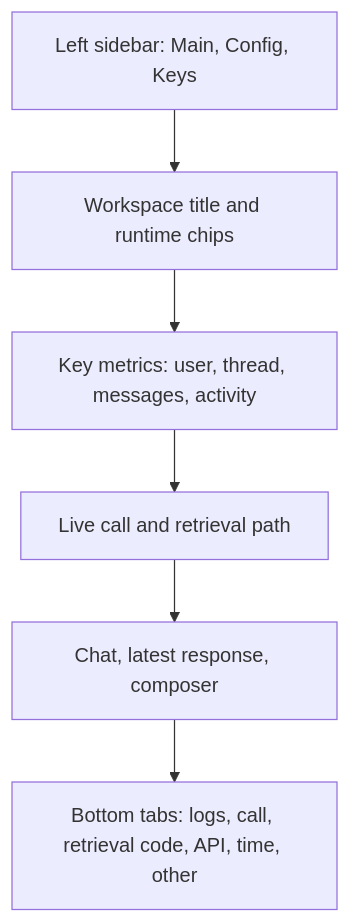
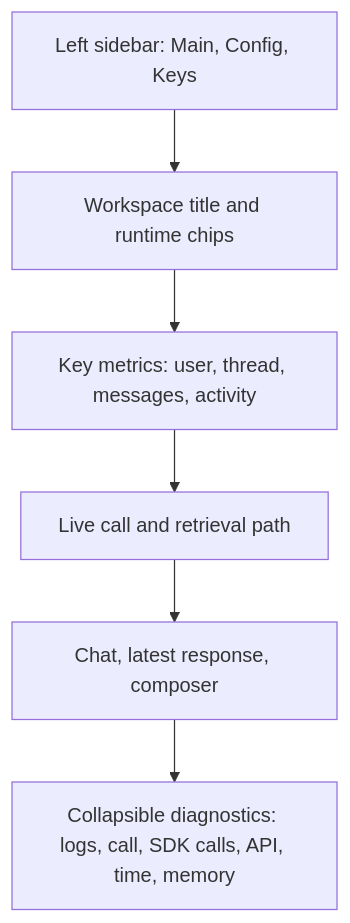
One commit to RahulMR42/oci_agentmemory_demo changed the diagram in design-documents/ui-flow-design.md. Above: the diagram before and after it, drawn with Mermaid. The commit also changed other lines of this file and 11 other files, not shown here.

Commit message:
Add memory deletion diagnostics

````diff
--- a/design-documents/ui-flow-design.md
+++ b/design-documents/ui-flow-design.md
@@ -9,15 +9,15 @@
 ```mermaid
 flowchart TB
     Sidebar[Left sidebar: Main, Config, Keys]
     Header[Workspace title and runtime chips]
     Metrics[Key metrics: user, thread, messages, activity]
     Flow[Live call and retrieval path]
     Workspace[Chat, latest response, composer]
-    Diagnostics[Bottom tabs: logs, call, retrieval code, API, time, other]
+    Diagnostics[Collapsible diagnostics: logs, call, SDK calls, API, time, memory]
 
     Sidebar --> Header
     Header --> Metrics
     Metrics --> Flow
     Flow --> Workspace
     Workspace --> Diagnostics
 ```
````
